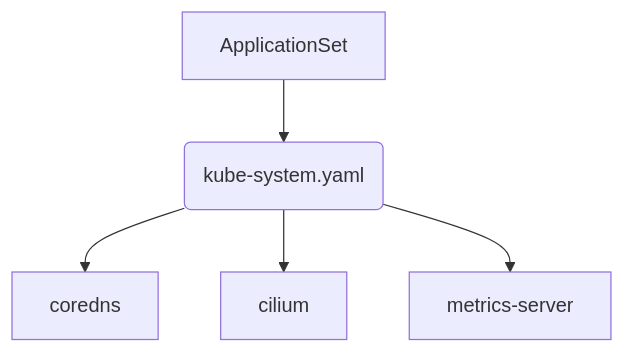
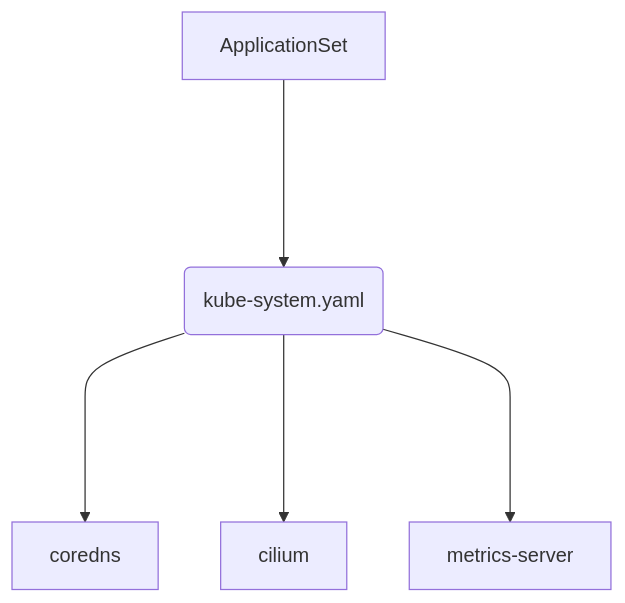
One commit to acelinkio/argocd-homelab changed the second of 2 diagrams in README.md. Above: the diagram before and after it, drawn with Mermaid. The commit also changed other lines of this file, not shown here.

Commit message:
change lengths

````diff
--- a/README.md
+++ b/README.md
@@ -44,7 +44,7 @@
 ```mermaid
 flowchart TD
-    A[ApplicationSet] --> B(kube-system.yaml)
-    B --> D[coredns]
-    B --> E[cilium]
-    B --> F[metrics-server]
+    A[ApplicationSet] ----> B(kube-system.yaml)
+    B ----> D[coredns]
+    B ----> E[cilium]
+    B ----> F[metrics-server]
 ```
````
